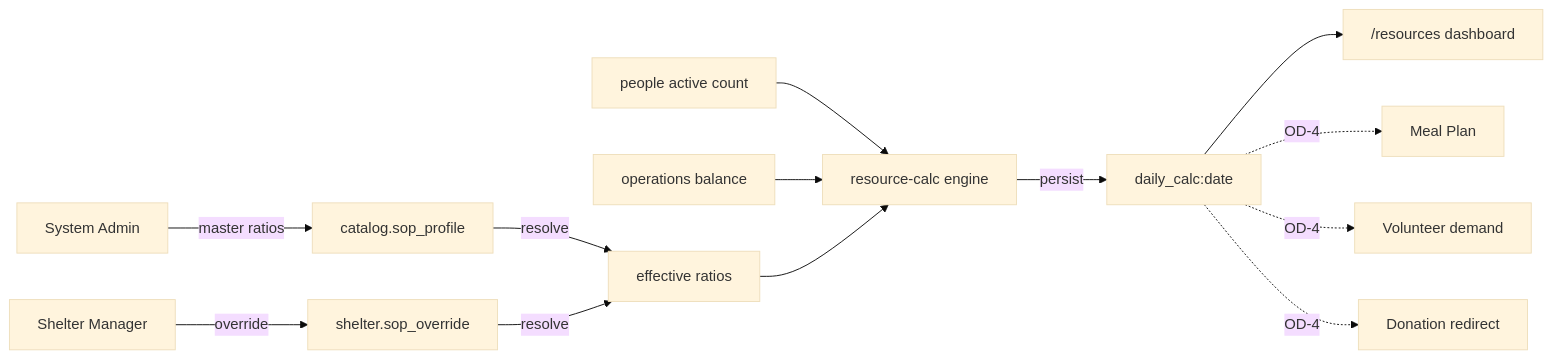
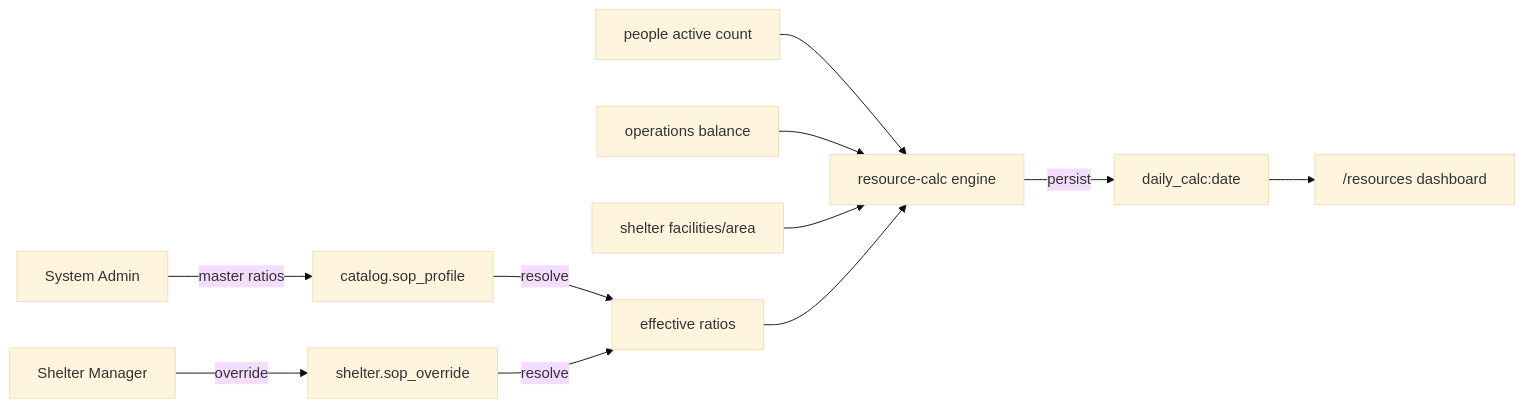
One commit to r202-coe-psu/tent changed the first of 2 diagrams in docs/features/daily-sop-resource-calc-flow.md. Above: the diagram before and after it, drawn with Mermaid (base theme). The commit also changed other lines of this file and 6 other files, not shown here.

````diff
--- a/docs/features/daily-sop-resource-calc-flow.md
+++ b/docs/features/daily-sop-resource-calc-flow.md
@@ -73,15 +67,13 @@
 ```mermaid
 flowchart LR
   SA["System Admin"] -->|master ratios| CAT["catalog.sop_profile"]
   SM["Shelter Manager"] -->|override| OV["shelter.sop_override"]
   CAT -->|resolve| EFF["effective ratios"]
   OV -->|resolve| EFF
   PEO["people active count"] --> ENG["resource-calc engine"]
   OPS["operations balance"] --> ENG
+  SH["shelter facilities/area"] --> ENG
   EFF --> ENG
   ENG -->|persist| DC["daily_calc:date"]
   DC --> DASH["/resources dashboard"]
-  DC -.->|OD-4| MEAL["Meal Plan"]
-  DC -.->|OD-4| VOL["Volunteer demand"]
-  DC -.->|OD-4| DON["Donation redirect"]
 ```
````
